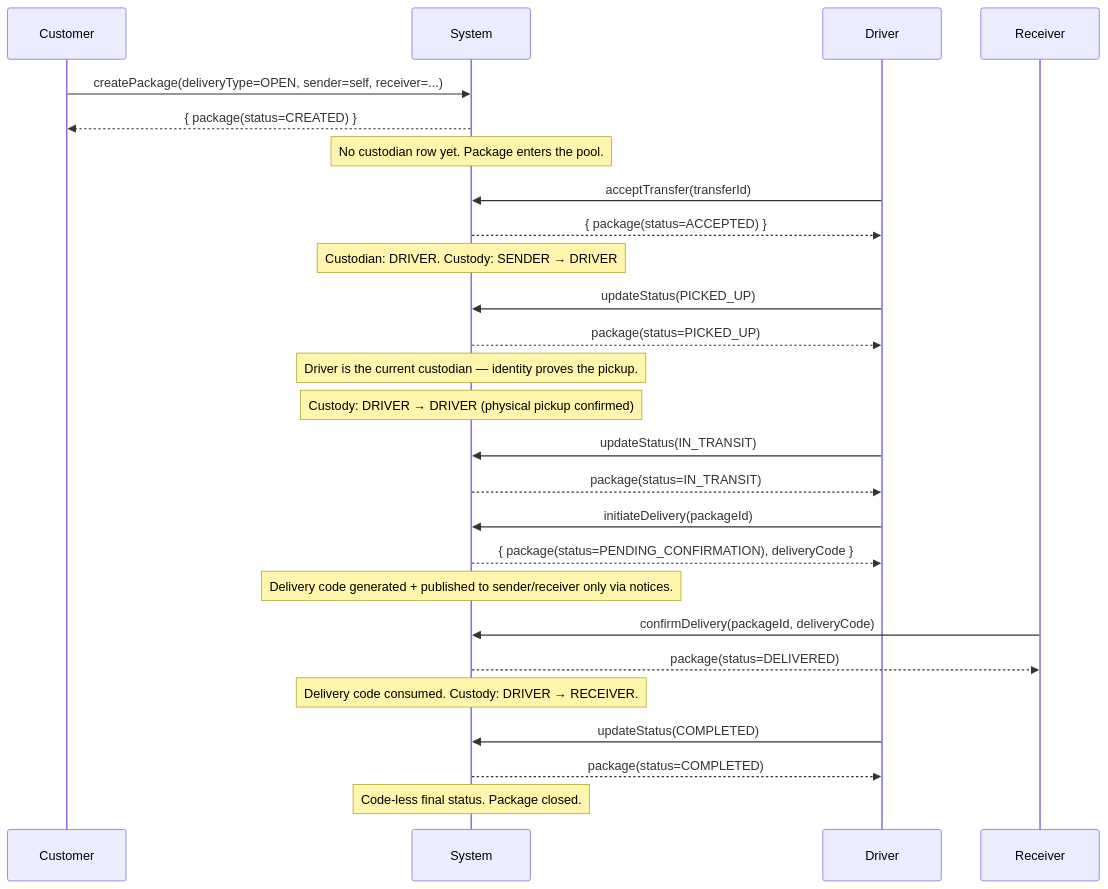
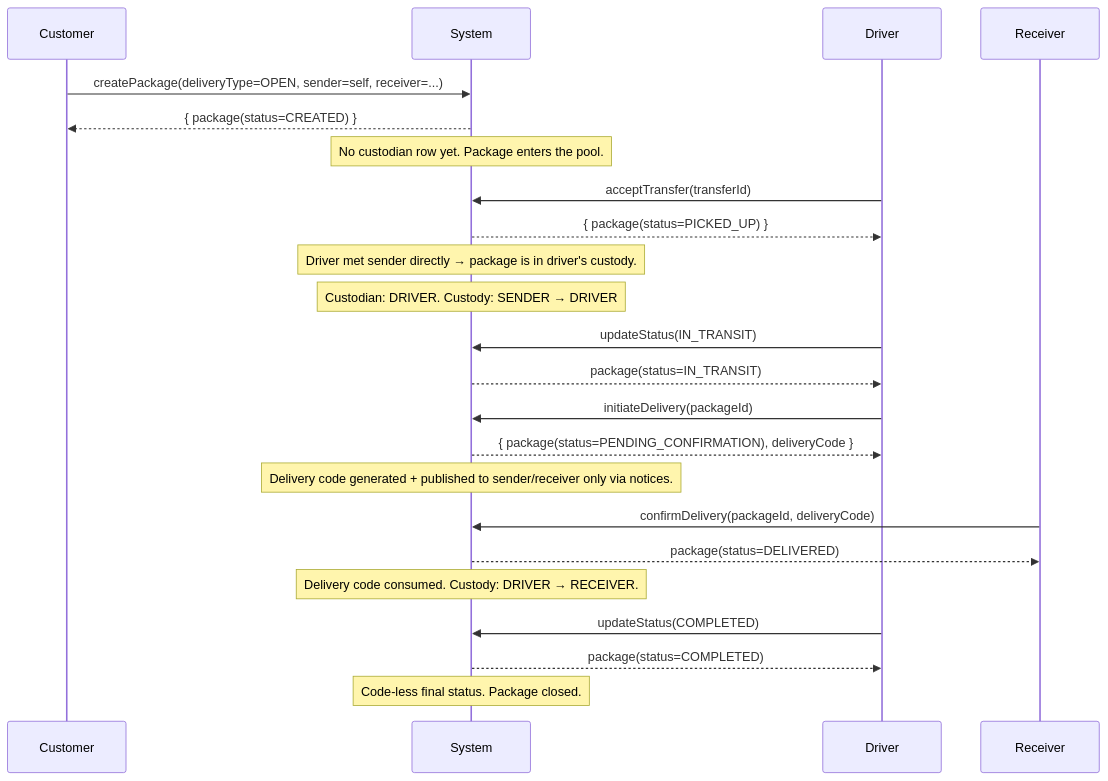
Before and after one commit to Genocadio/cavgobackend: the third of 9 diagrams in ikuriyebackend/PACKAGE_FLOW.md, drawn with Mermaid. The commit also changed other lines of this file and 12 other files, not shown here.

````diff
--- a/ikuriyebackend/PACKAGE_FLOW.md
+++ b/ikuriyebackend/PACKAGE_FLOW.md
@@ -238,35 +249,31 @@
 ```mermaid
 sequenceDiagram
     participant C as Customer
     participant S as System
     participant D as Driver
     participant R as Receiver
 
     C->>S: createPackage(deliveryType=OPEN, sender=self, receiver=...)
     S-->>C: { package(status=CREATED) }
     Note over S: No custodian row yet. Package enters the pool.
 
     D->>S: acceptTransfer(transferId)
-    S-->>D: { package(status=ACCEPTED) }
+    S-->>D: { package(status=PICKED_UP) }
+    Note over S: Driver met sender directly → package is in driver's custody.
     Note over S: Custodian: DRIVER. Custody: SENDER → DRIVER
-
-    D->>S: updateStatus(PICKED_UP)
-    S-->>D: package(status=PICKED_UP)
-    Note over S: Driver is the current custodian — identity proves the pickup.
-    Note over S: Custody: DRIVER → DRIVER (physical pickup confirmed)
 
     D->>S: updateStatus(IN_TRANSIT)
     S-->>D: package(status=IN_TRANSIT)
 
     D->>S: initiateDelivery(packageId)
     S-->>D: { package(status=PENDING_CONFIRMATION), deliveryCode }
     Note over S: Delivery code generated + published to sender/receiver only via notices.
 
     R->>S: confirmDelivery(packageId, deliveryCode)   # sender or receiver
     S-->>R: package(status=DELIVERED)
     Note over S: Delivery code consumed. Custody: DRIVER → RECEIVER.
 
     D->>S: updateStatus(COMPLETED)
     S-->>D: package(status=COMPLETED)
     Note over S: Code-less final status. Package closed.
 ```
````
